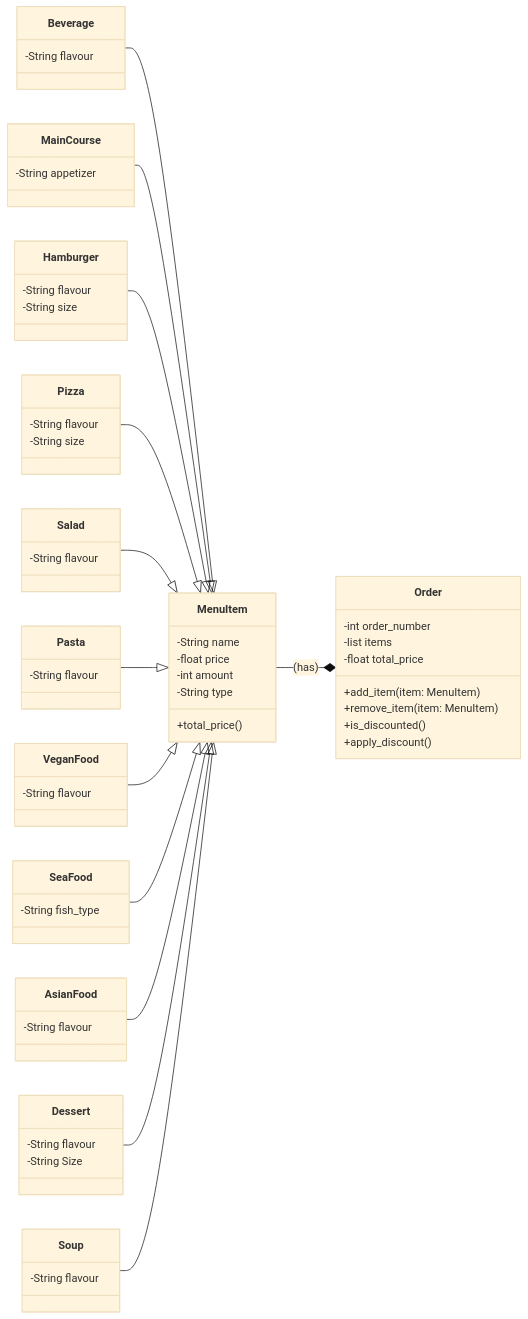
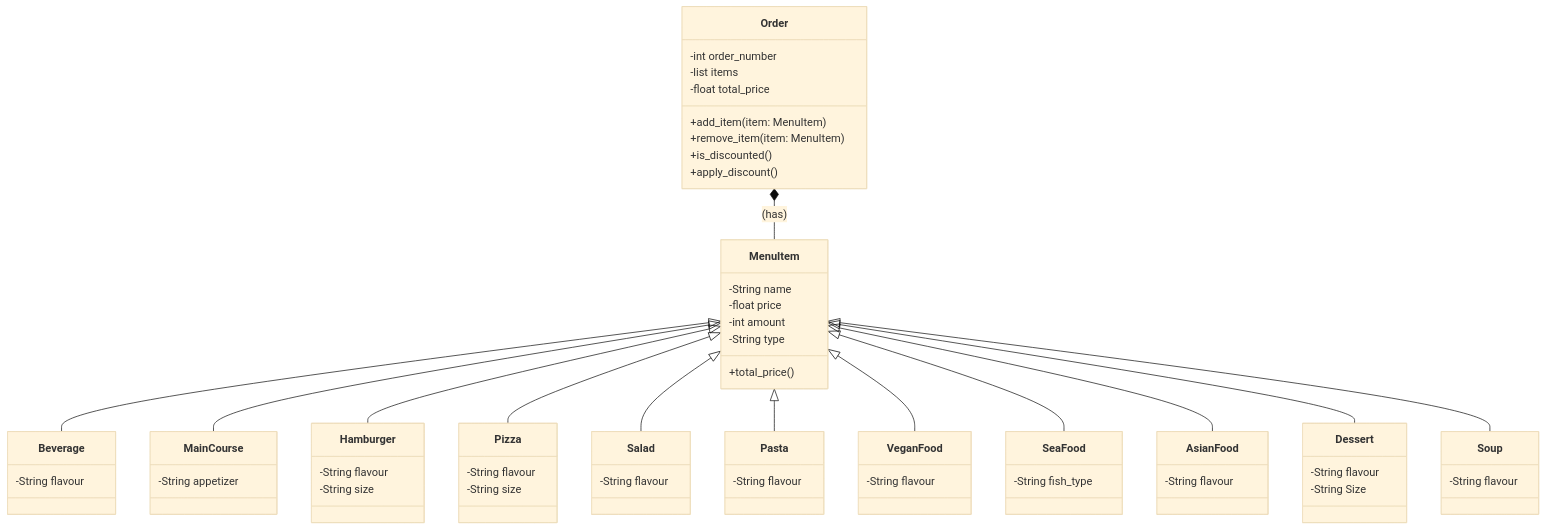
Before and after one commit to Jimeeee06/reto_3: the diagram in diagrama_restaurante.md, drawn with Mermaid (base theme).

````diff
--- a/diagrama_restaurante.md
+++ b/diagrama_restaurante.md
@@ -2,81 +2,81 @@
 ```mermaid
 classDiagram
-    direction RL
+    direction TB
     class MenuItem {
 	    -String name
 	    -float price
 	    -int amount
 	    -String type
 	    +total_price()
     }
 
     class Beverage {
 	    -String flavour
     }
 
     class MainCourse {
 	    -String appetizer
     }
 
     class Hamburger {
 	    -String flavour
 	    -String size
     }
 
     class Pizza {
 	    -String flavour
 	    -String size
     }
 
     class Salad {
 	    -String flavour
     }
 
     class Pasta {
 	    -String flavour
     }
 
     class VeganFood {
 	    -String flavour
     }
 
     class SeaFood {
         -String fish_type
     }
 
     class AsianFood {
         -String flavour
     }
 
     class Dessert {
 	    -String flavour
 	    -String Size
     }
 
     class Soup {
 	    -String flavour
     }
 
     class Order {
         -int order_number
         -list items
         -float total_price
         +add_item( item: MenuItem )
         +remove_item( item: MenuItem )
         +is_discounted()
         +apply_discount()
     }
 
     MenuItem <|-- Beverage
     MenuItem <|-- MainCourse
     MenuItem <|-- Hamburger
     MenuItem <|-- Pizza
     MenuItem <|-- Salad
     MenuItem <|-- Pasta
     MenuItem <|-- VeganFood
     MenuItem <|-- SeaFood
     MenuItem <|-- AsianFood
     MenuItem <|-- Dessert
     MenuItem <|-- Soup
     Order *-- MenuItem: (has)
 ```
````
